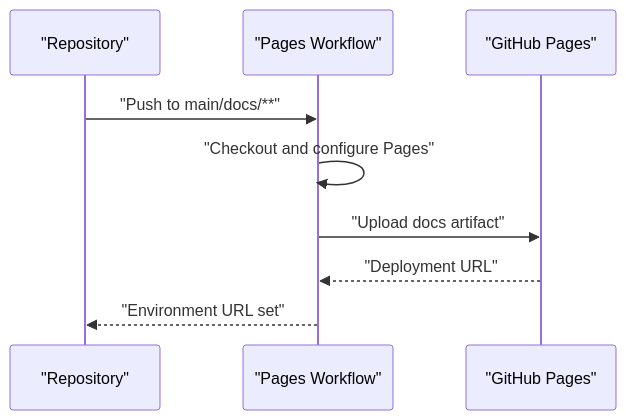
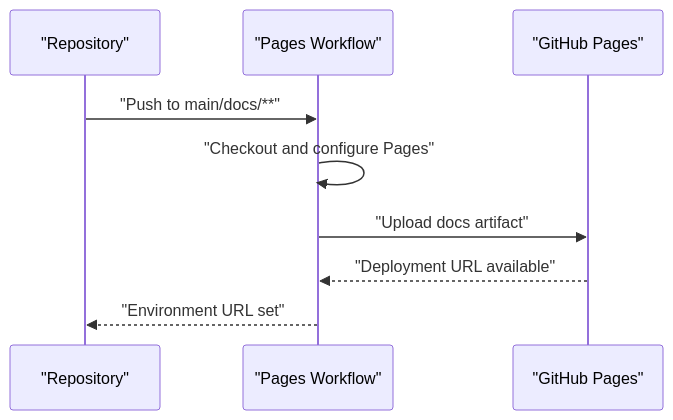
One commit to shakthi-vinayak/news changed the fourth of 9 diagrams in .qoder/repowiki/en/content/Automation and Deployment/CI_CD Pipelines.md. Above: the diagram before and after it, drawn with Mermaid. The commit also changed other lines of this file and 55 other files, not shown here.

````diff
--- a/.qoder/repowiki/en/content/Automation and Deployment/CI_CD Pipelines.md
+++ b/.qoder/repowiki/en/content/Automation and Deployment/CI_CD Pipelines.md
@@ -190,11 +217,11 @@
 ```mermaid
 sequenceDiagram
 participant Repo as "Repository"
 participant GA as "Pages Workflow"
 participant GH as "GitHub Pages"
 Repo->>GA : "Push to main/docs/**"
 GA->>GA : "Checkout and configure Pages"
 GA->>GH : "Upload docs artifact"
-GH-->>GA : "Deployment URL"
+GH-->>GA : "Deployment URL available"
 GA-->>Repo : "Environment URL set"
 ```
````
